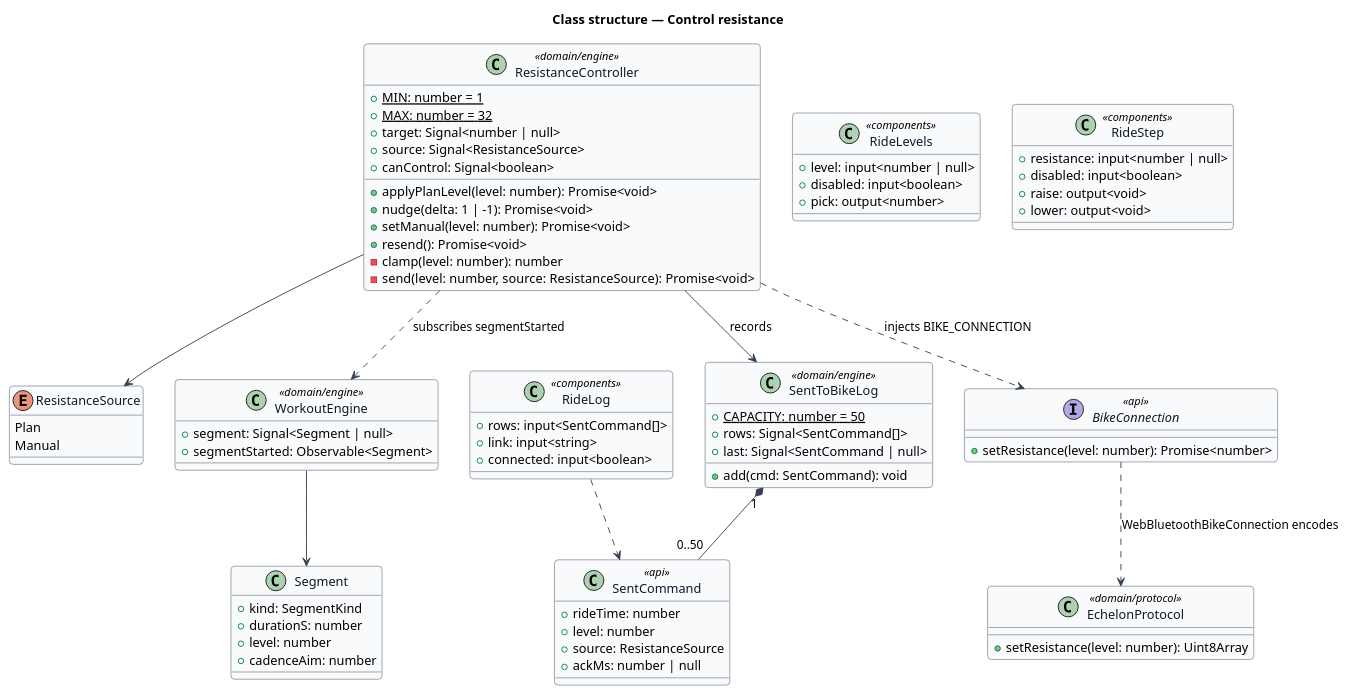
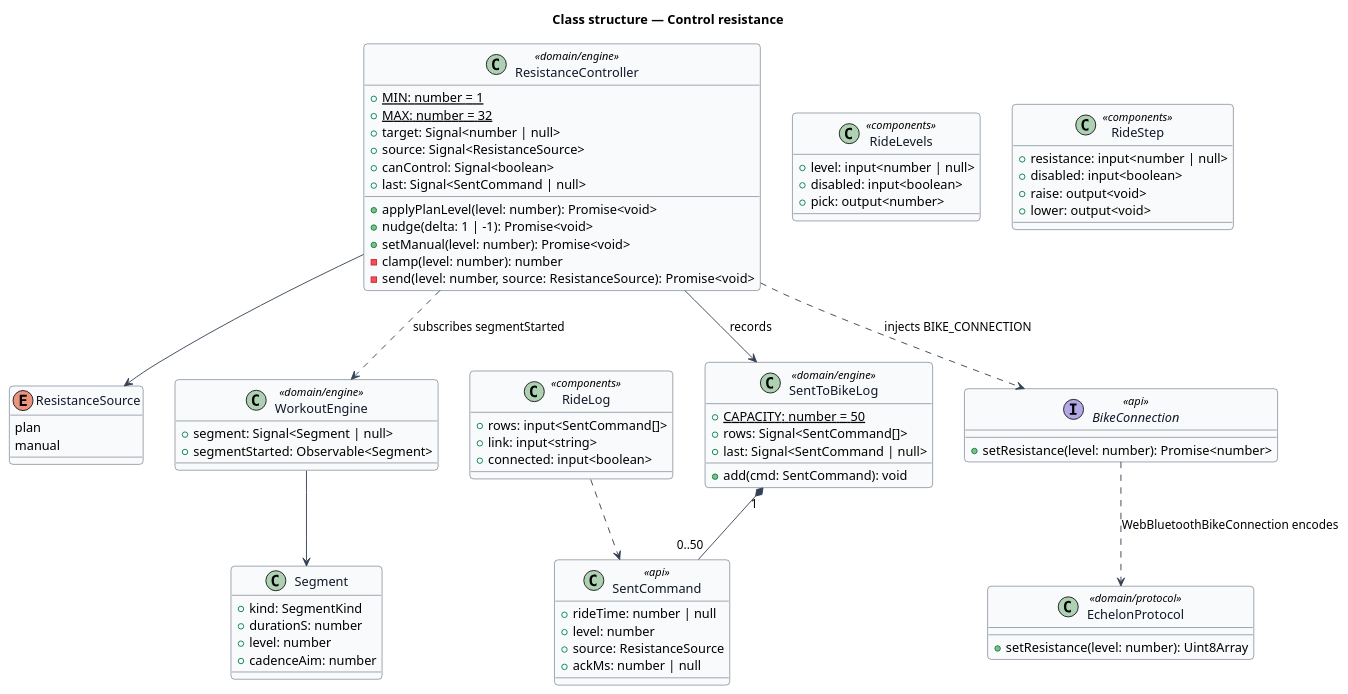
One commit to QuinntyneBrown/ride-one changed the diagram in docs/detailed-designs/bike/control-resistance/diagrams/class-structure.puml. Above: the diagram before and after it, drawn with PlantUML. The commit also changed 4 other files, not shown here.

```diff
--- a/docs/detailed-designs/bike/control-resistance/diagrams/class-structure.puml
+++ b/docs/detailed-designs/bike/control-resistance/diagrams/class-structure.puml
@@ -1,84 +1,84 @@
 @startuml
 ' --- shared skin header ---
 skinparam backgroundColor #FFFFFF
 skinparam shadowing false
 skinparam roundcorner 8
 skinparam defaultFontName Arial
 skinparam ArrowColor #344054
 skinparam class {
   BorderColor #344054
   FontColor #101828
   BackgroundColor #F9FAFB
 }
 ' --------------------------
 title Class structure — Control resistance
 enum ResistanceSource {
-  Plan
-  Manual
+  plan
+  manual
 }
 class SentCommand <<api>> {
-  +rideTime: number
+  +rideTime: number | null
   +level: number
   +source: ResistanceSource
   +ackMs: number | null
 }
 class ResistanceController <<domain/engine>> {
   +{static} MIN: number = 1
   +{static} MAX: number = 32
   +target: Signal<number | null>
   +source: Signal<ResistanceSource>
   +canControl: Signal<boolean>
+  +last: Signal<SentCommand | null>
   +applyPlanLevel(level: number): Promise<void>
   +nudge(delta: 1 | -1): Promise<void>
   +setManual(level: number): Promise<void>
-  +resend(): Promise<void>
   -clamp(level: number): number
   -send(level: number, source: ResistanceSource): Promise<void>
 }
 class SentToBikeLog <<domain/engine>> {
   +{static} CAPACITY: number = 50
   +rows: Signal<SentCommand[]>
   +last: Signal<SentCommand | null>
   +add(cmd: SentCommand): void
 }
 class WorkoutEngine <<domain/engine>> {
   +segment: Signal<Segment | null>
   +segmentStarted: Observable<Segment>
 }
 class Segment {
   +kind: SegmentKind
   +durationS: number
   +level: number
   +cadenceAim: number
 }
 interface BikeConnection <<api>> {
   +setResistance(level: number): Promise<number>
 }
 class EchelonProtocol <<domain/protocol>> {
   +setResistance(level: number): Uint8Array
 }
 class RideLevels <<components>> {
   +level: input<number | null>
   +disabled: input<boolean>
   +pick: output<number>
 }
 class RideStep <<components>> {
   +resistance: input<number | null>
   +disabled: input<boolean>
   +raise: output<void>
   +lower: output<void>
 }
 class RideLog <<components>> {
   +rows: input<SentCommand[]>
   +link: input<string>
   +connected: input<boolean>
 }
 ResistanceController ..> BikeConnection : injects BIKE_CONNECTION
 ResistanceController --> SentToBikeLog : records
 ResistanceController --> ResistanceSource
 SentToBikeLog "1" *-- "0..50" SentCommand
 WorkoutEngine --> Segment
 ResistanceController ..> WorkoutEngine : subscribes segmentStarted
 BikeConnection ..> EchelonProtocol : WebBluetoothBikeConnection encodes
 RideLog ..> SentCommand
 @enduml
```
